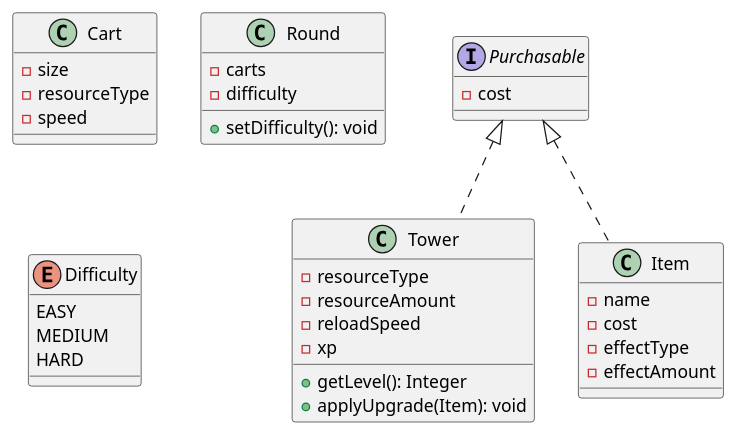
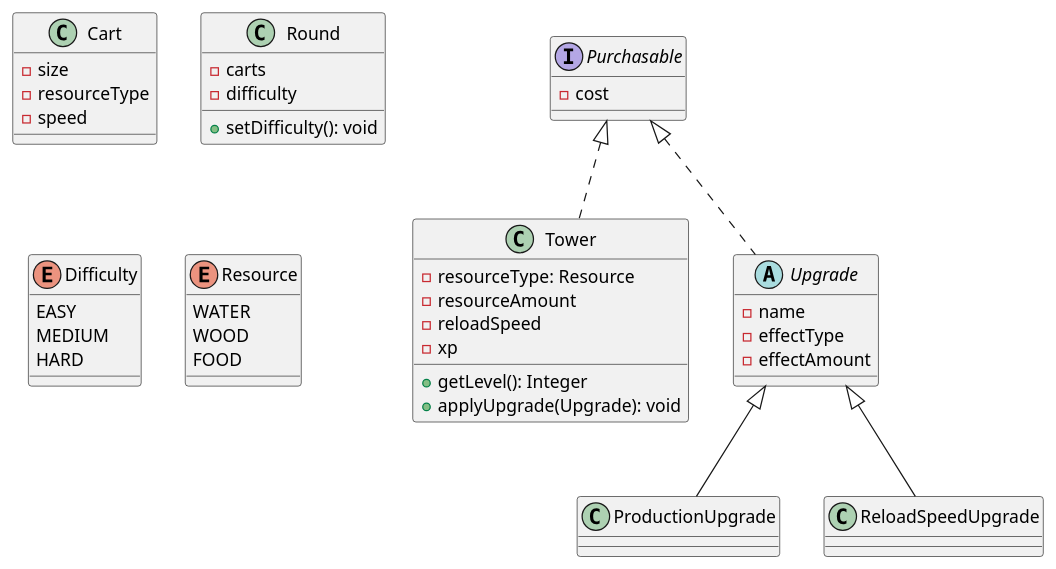
The diagram in uml/class.puml (Fudgeey/uc-seng201-project), drawn with PlantUML before and after one commit. The commit also changed 11 other files, not shown here.

```diff
--- a/uml/class.puml
+++ b/uml/class.puml
@@ -1,43 +1,54 @@
 @startuml
 'https://plantuml.com/class-diagram
 
 class Tower implements Purchasable {
-    - resourceType
+    - resourceType: Resource
     - resourceAmount
     - reloadSpeed
     - xp
 
     + getLevel(): Integer
-    + applyUpgrade(Item): void
+    + applyUpgrade(Upgrade): void
 }
 
 class Cart {
     - size
     - resourceType
     - speed
 }
 
 class Round {
     - carts
     - difficulty
 
     + setDifficulty(): void
 }
 
 enum Difficulty {
     EASY
     MEDIUM
     HARD
 }
 
-class Item implements Purchasable {
+enum Resource {
+    WATER
+    WOOD
+    FOOD
+}
+
+abstract Upgrade implements Purchasable {
     - name
-    - cost
     - effectType
     - effectAmount
+}
+
+class ProductionUpgrade extends Upgrade {
+}
+
+class ReloadSpeedUpgrade extends Upgrade {
 }
 
 interface Purchasable {
     - cost
 }
 @enduml
```
